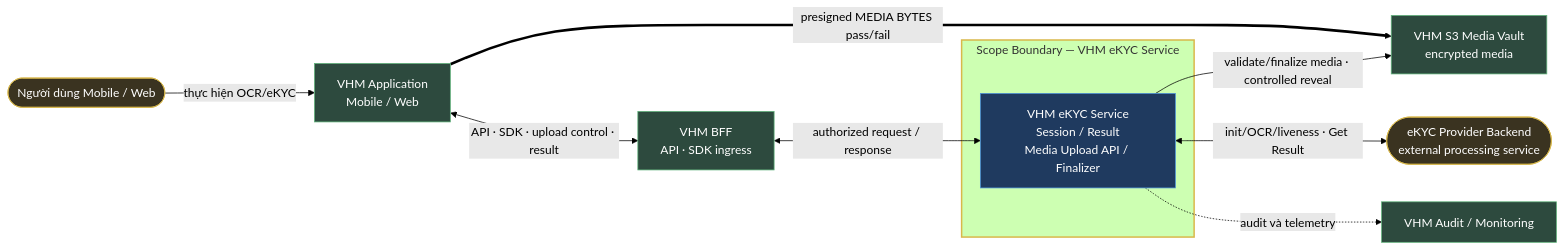
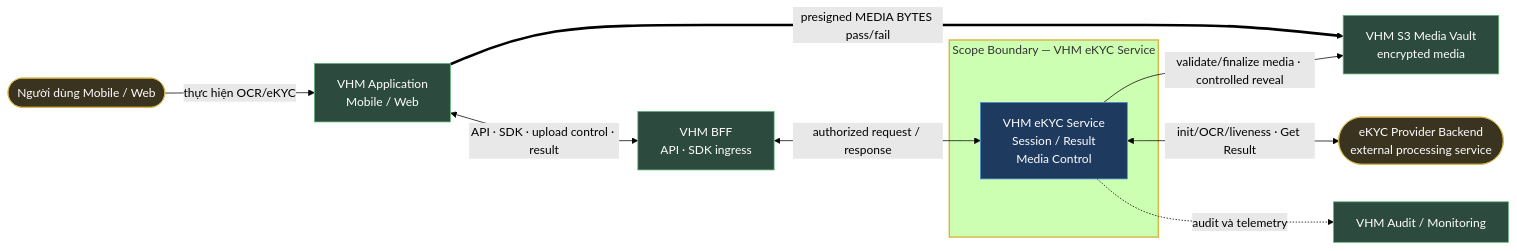
The first of 19 diagrams in tdd2.md (huynv-xyz/vhm), drawn with Mermaid (forest theme) before and after one commit. The commit also changed other lines of this file, not shown here.

````diff
--- a/tdd2.md
+++ b/tdd2.md
@@ -360,26 +360,26 @@
 ```mermaid
 flowchart LR
     USER(["Người dùng Mobile / Web"]):::entity
     APP["VHM Application<br/>Mobile / Web"]:::owned
     BFF["VHM BFF<br/>API · SDK ingress"]:::owned
     OBS["VHM Audit / Monitoring"]:::owned
     VAULT["VHM S3 Media Vault<br/>encrypted media"]:::owned
     PROVIDER(["eKYC Provider Backend<br/>external processing service"]):::entity
 
     subgraph SCOPE["Scope Boundary — VHM eKYC Service"]
-        CORE["VHM eKYC Service<br/>Session / Result<br/>Media Upload API / Finalizer"]:::bc
+        CORE["VHM eKYC Service<br/>Session / Result<br/>Media Control"]:::bc
     end
 
     USER -->|thực hiện OCR/eKYC| APP
     APP <-->|API · SDK · upload control · result| BFF
     BFF <-->|authorized request / response| CORE
     APP ==>|presigned MEDIA BYTES pass/fail| VAULT
     CORE -->|validate/finalize media · controlled reveal| VAULT
     CORE <-->|init/OCR/liveness · Get Result| PROVIDER
     CORE -.->|audit và telemetry| OBS
 
     style SCOPE stroke:#d9b84a,stroke-width:2px
     classDef bc fill:#1f3a5f,stroke:#4a90d9,color:#fff;
     classDef owned fill:#2d4a3e,stroke:#5fb37a,color:#fff;
     classDef entity fill:#3a3320,stroke:#d9b84a,color:#fff;
 ```
````
